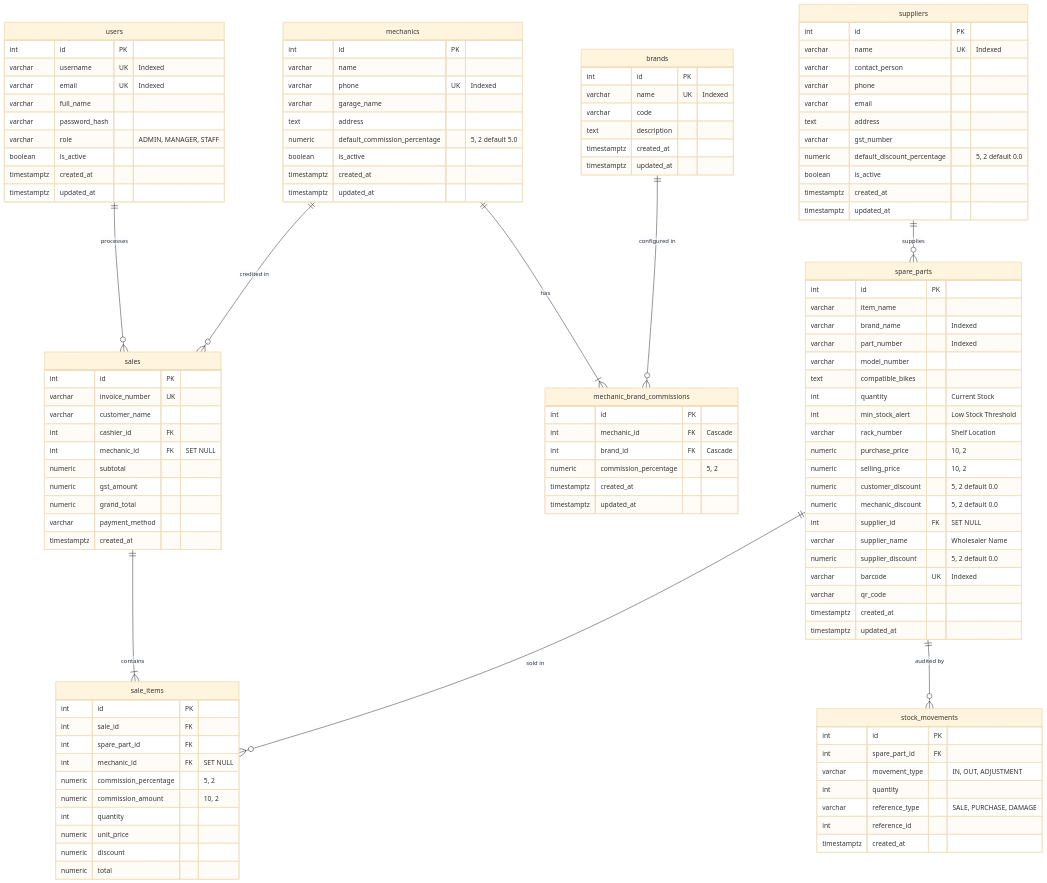
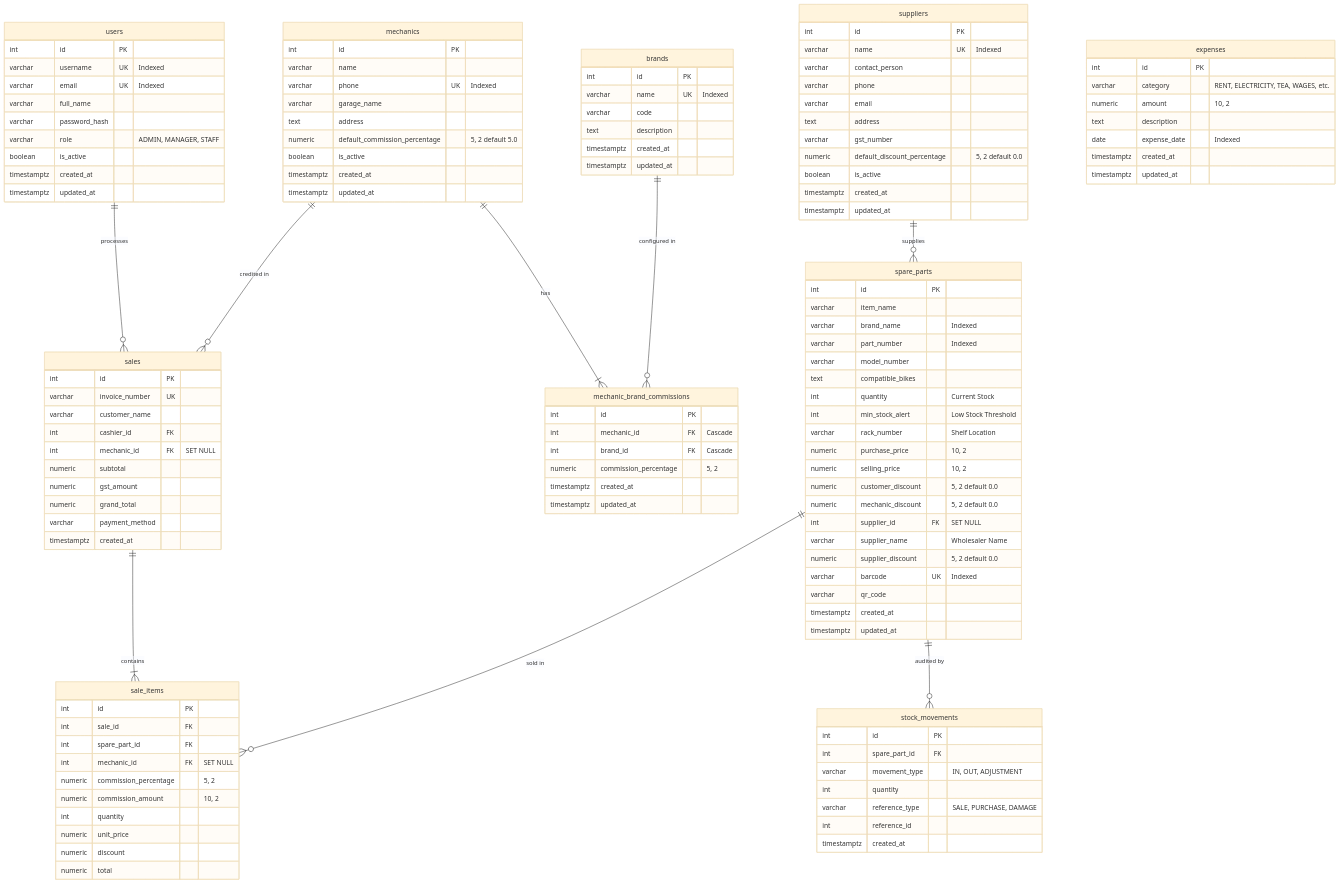
The diagram in docs/database-design.md (biswajit-rout/PartShop), drawn with Mermaid (base theme) before and after one commit. The commit also changed other lines of this file and 47 other files, not shown here.

Commit message:
Milestone-10-Mobile barcode scanner and realtime stock flow completed.

```diff
--- a/docs/database-design.md
+++ b/docs/database-design.md
@@ -136,6 +136,16 @@
         timestamptz created_at
     }
 
+    expenses {
+        int id PK
+        varchar category "RENT, ELECTRICITY, TEA, WAGES, etc."
+        numeric amount "10, 2"
+        text description
+        date expense_date "Indexed"
+        timestamptz created_at
+        timestamptz updated_at
+    }
+
     users ||--o{ sales : "processes"
     mechanics ||--o{ sales : "credited in"
     mechanics ||--|{ mechanic_brand_commissions : "has"
```
